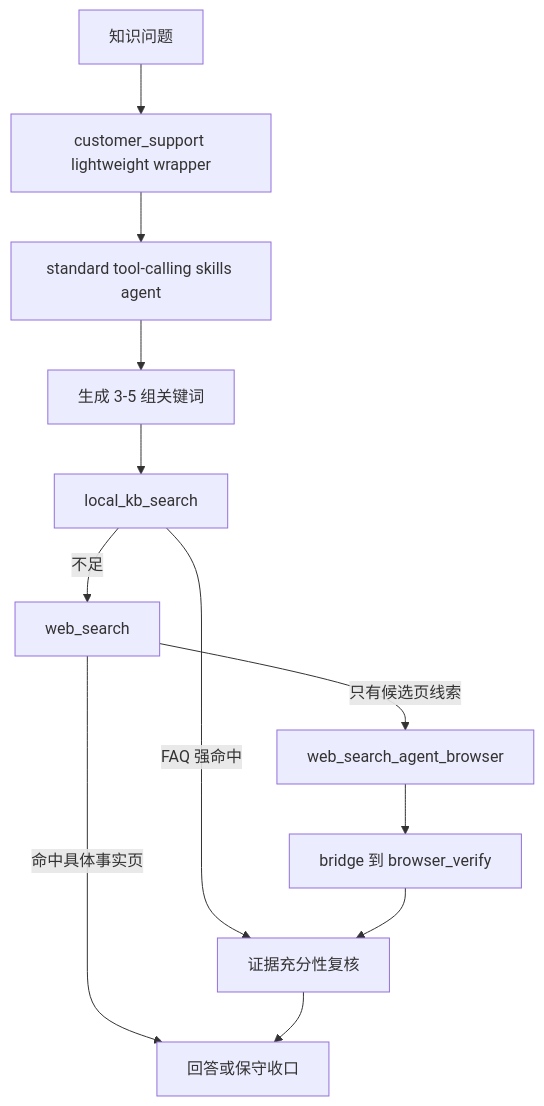
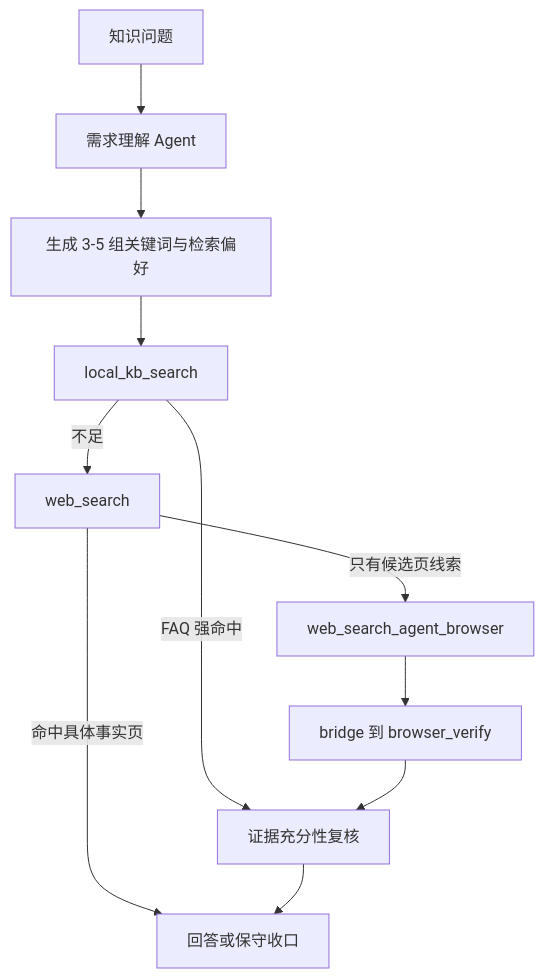
The diagram in docs/KNOWLEDGE_BASE_GUIDE.md (lr12338/hifleet-agent), drawn with Mermaid before and after one commit. The commit also changed other lines of this file and 19 other files, not shown here.

````diff
--- a/docs/KNOWLEDGE_BASE_GUIDE.md
+++ b/docs/KNOWLEDGE_BASE_GUIDE.md
@@ -22,14 +22,13 @@
 ```mermaid
 flowchart TD
-    Q[知识问题] --> W[customer_support lightweight wrapper]
-    W --> M[standard tool-calling skills agent]
-    M --> Plan[生成 3-5 组关键词]
+    Q[知识问题] --> U[需求理解 Agent]
+    U --> Plan[生成 3-5 组关键词与检索偏好]
     Plan --> A[local_kb_search]
     A -->|FAQ 强命中| Review[证据充分性复核]
     A -->|不足| B[web_search]
     B -->|命中具体事实页| Done
     B -->|只有候选页线索| C[web_search_agent_browser]
     C --> D[bridge 到 browser_verify]
     D --> Review
     Review --> Done[回答或保守收口]
 ```
````
